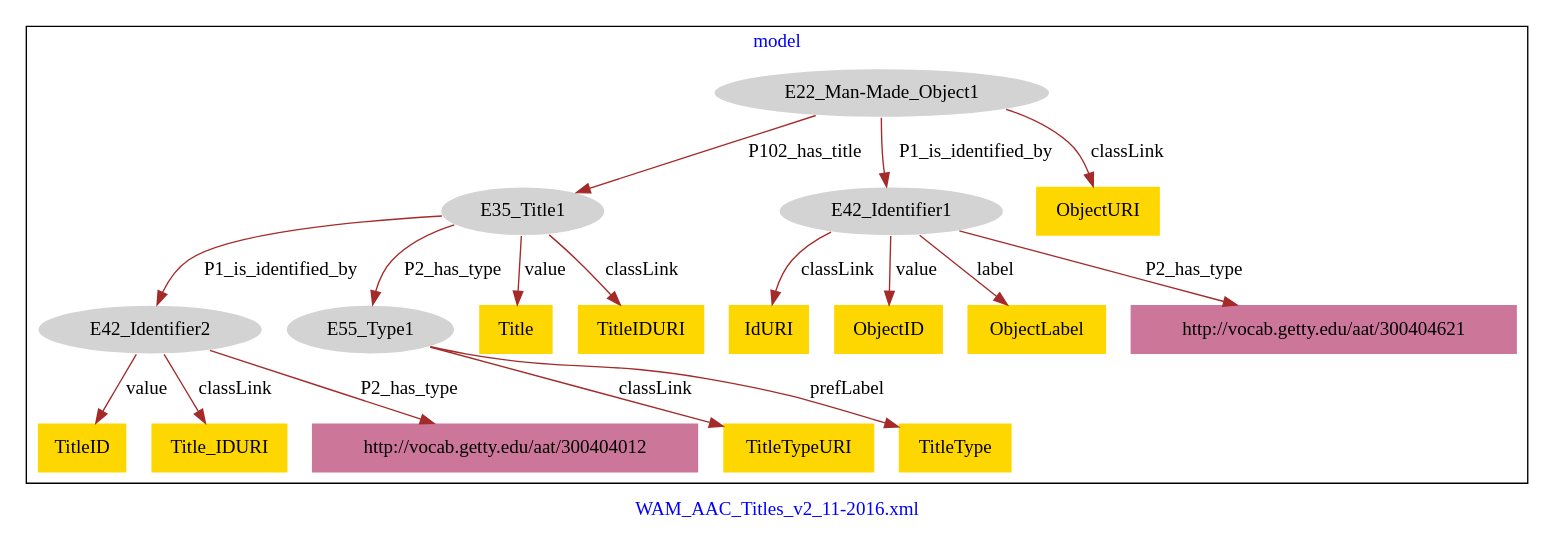
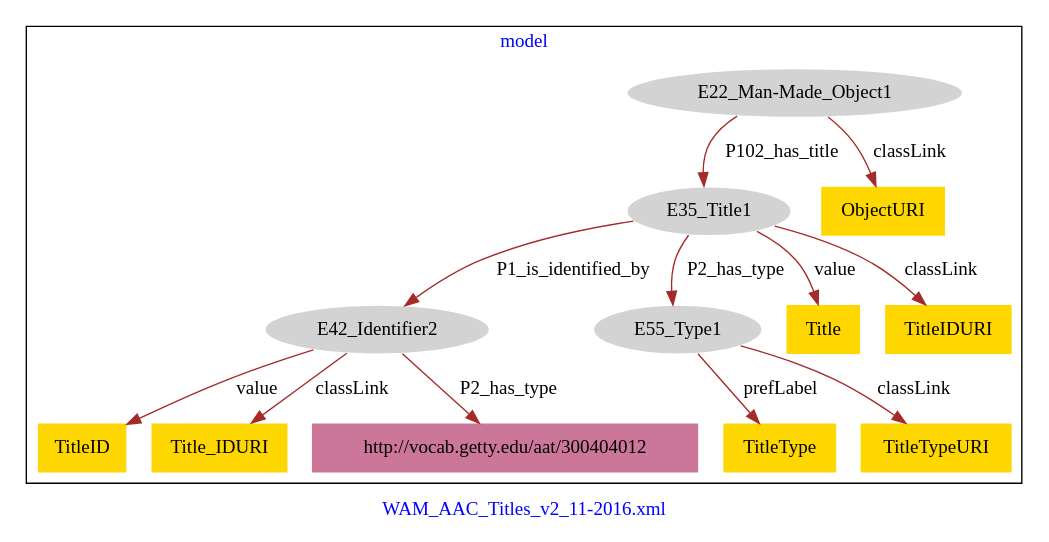
Before and after one commit to american-art/wam: the diagram in WAM_AAC_Titles/WAM_AAC_OtherTitles-model.dot, drawn with Graphviz.

Commit message:
Update file WAM_AAC_OtherTitles-model.dot

```diff
--- a/WAM_AAC_Titles/WAM_AAC_OtherTitles-model.dot
+++ b/WAM_AAC_Titles/WAM_AAC_OtherTitles-model.dot
@@ -1,41 +1,31 @@
 digraph n0 {
 fontcolor="blue"
 remincross="true"
 label="WAM_AAC_Titles_v2_11-2016.xml"
 subgraph cluster {
 label="model"
 n2[style="filled",color="white",fillcolor="lightgray",label="E22_Man-Made_Object1"];
 n3[style="filled",color="white",fillcolor="lightgray",label="E35_Title1"];
-n4[style="filled",color="white",fillcolor="lightgray",label="E42_Identifier1"];
-n5[style="filled",color="white",fillcolor="lightgray",label="E42_Identifier2"];
-n6[style="filled",color="white",fillcolor="lightgray",label="E55_Type1"];
-n7[shape="plaintext",style="filled",fillcolor="gold",label="TitleTypeURI"];
+n4[style="filled",color="white",fillcolor="lightgray",label="E42_Identifier2"];
+n5[style="filled",color="white",fillcolor="lightgray",label="E55_Type1"];
+n6[shape="plaintext",style="filled",fillcolor="gold",label="TitleType"];
+n7[shape="plaintext",style="filled",fillcolor="gold",label="TitleID"];
 n8[shape="plaintext",style="filled",fillcolor="gold",label="ObjectURI"];
-n9[shape="plaintext",style="filled",fillcolor="gold",label="IdURI"];
-n10[shape="plaintext",style="filled",fillcolor="gold",label="ObjectID"];
-n11[shape="plaintext",style="filled",fillcolor="gold",label="Title"];
-n12[shape="plaintext",style="filled",fillcolor="gold",label="TitleID"];
-n13[shape="plaintext",style="filled",fillcolor="gold",label="TitleIDURI"];
-n14[shape="plaintext",style="filled",fillcolor="gold",label="Title_IDURI"];
-n15[shape="plaintext",style="filled",fillcolor="gold",label="TitleType"];
-n16[shape="plaintext",style="filled",fillcolor="gold",label="ObjectLabel"];
-n17[shape="plaintext",style="filled",fillcolor="#CC7799",label="http://vocab.getty.edu/aat/300404012"];
-n18[shape="plaintext",style="filled",fillcolor="#CC7799",label="http://vocab.getty.edu/aat/300404621"];
+n9[shape="plaintext",style="filled",fillcolor="gold",label="Title_IDURI"];
+n10[shape="plaintext",style="filled",fillcolor="gold",label="Title"];
+n11[shape="plaintext",style="filled",fillcolor="gold",label="TitleIDURI"];
+n12[shape="plaintext",style="filled",fillcolor="gold",label="TitleTypeURI"];
+n13[shape="plaintext",style="filled",fillcolor="#CC7799",label="http://vocab.getty.edu/aat/300404012"];
 }
 n2 -> n3[color="brown",fontcolor="black",label="P102_has_title"]
-n2 -> n4[color="brown",fontcolor="black",label="P1_is_identified_by"]
-n3 -> n5[color="brown",fontcolor="black",label="P1_is_identified_by"]
-n3 -> n6[color="brown",fontcolor="black",label="P2_has_type"]
-n6 -> n7[color="brown",fontcolor="black",label="classLink"]
+n3 -> n4[color="brown",fontcolor="black",label="P1_is_identified_by"]
+n3 -> n5[color="brown",fontcolor="black",label="P2_has_type"]
+n5 -> n6[color="brown",fontcolor="black",label="prefLabel"]
+n4 -> n7[color="brown",fontcolor="black",label="value"]
 n2 -> n8[color="brown",fontcolor="black",label="classLink"]
 n4 -> n9[color="brown",fontcolor="black",label="classLink"]
-n4 -> n10[color="brown",fontcolor="black",label="value"]
-n3 -> n11[color="brown",fontcolor="black",label="value"]
-n5 -> n12[color="brown",fontcolor="black",label="value"]
-n3 -> n13[color="brown",fontcolor="black",label="classLink"]
-n5 -> n14[color="brown",fontcolor="black",label="classLink"]
-n6 -> n15[color="brown",fontcolor="black",label="prefLabel"]
-n4 -> n16[color="brown",fontcolor="black",label="label"]
-n5 -> n17[color="brown",fontcolor="black",label="P2_has_type"]
-n4 -> n18[color="brown",fontcolor="black",label="P2_has_type"]
+n3 -> n10[color="brown",fontcolor="black",label="value"]
+n3 -> n11[color="brown",fontcolor="black",label="classLink"]
+n5 -> n12[color="brown",fontcolor="black",label="classLink"]
+n4 -> n13[color="brown",fontcolor="black",label="P2_has_type"]
 }
```
